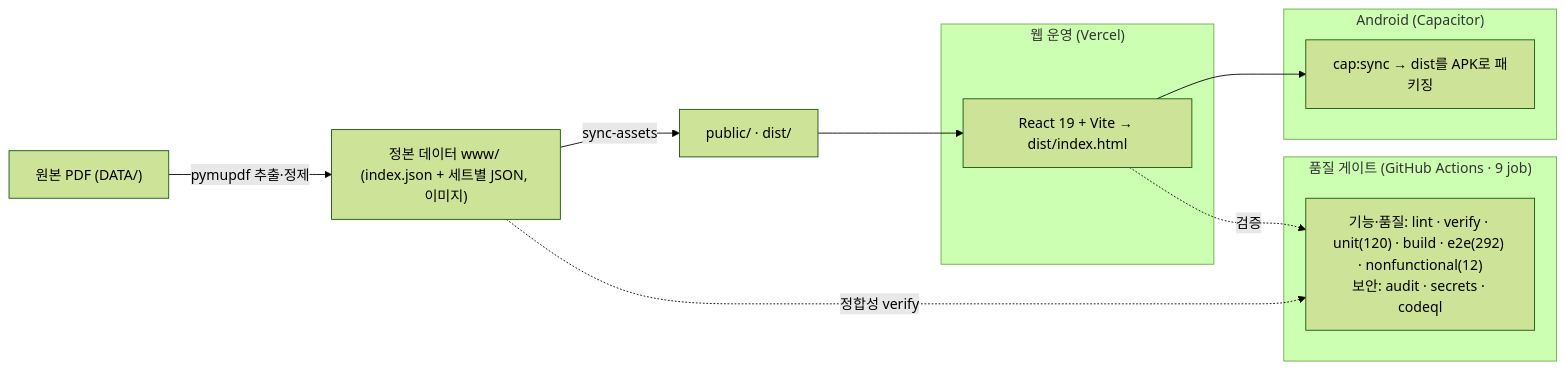
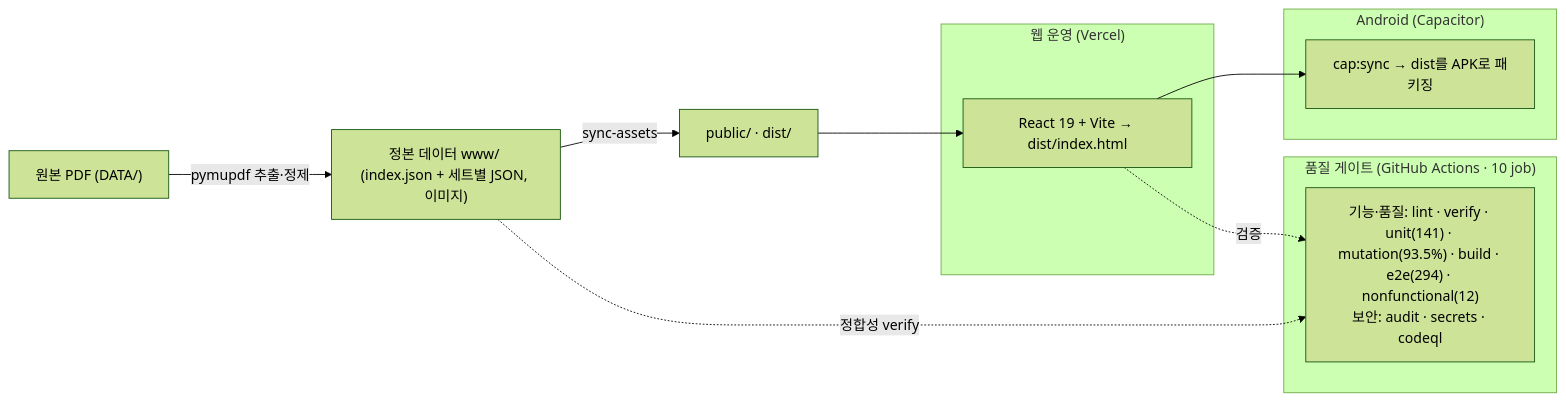
One commit to WindowHyun/ISTQB changed the diagram in README.md. Above: the diagram before and after it, drawn with Mermaid (forest theme). The commit also changed other lines of this file and 15 other files, not shown here.

````diff
--- a/README.md
+++ b/README.md
@@ -176,20 +179,20 @@
 ```mermaid
 flowchart LR
   PDF["원본 PDF (DATA/)"] -->|pymupdf 추출·정제| SRC["정본 데이터 www/ (index.json + 세트별 JSON, 이미지)"]
   SRC -->|sync-assets| PUB["public/ · dist/"]
 
   subgraph 웹_운영["웹 운영 (Vercel)"]
     REACT["React 19 + Vite → dist/index.html"]
   end
   subgraph APK["Android (Capacitor)"]
     CAP["cap:sync → dist를 APK로 패키징"]
   end
   PUB --> REACT
   REACT --> CAP
 
-  subgraph 품질["품질 게이트 (GitHub Actions · 9 job)"]
-    CI["기능·품질: lint · verify · unit(120) · build · e2e(292) · nonfunctional(12)<br/>보안: audit · secrets · codeql"]
+  subgraph 품질["품질 게이트 (GitHub Actions · 10 job)"]
+    CI["기능·품질: lint · verify · unit(141) · mutation(93.5%) · build · e2e(294) · nonfunctional(12)<br/>보안: audit · secrets · codeql"]
   end
   REACT -.검증.-> CI
   SRC -.정합성 verify.-> CI
 ```
````
